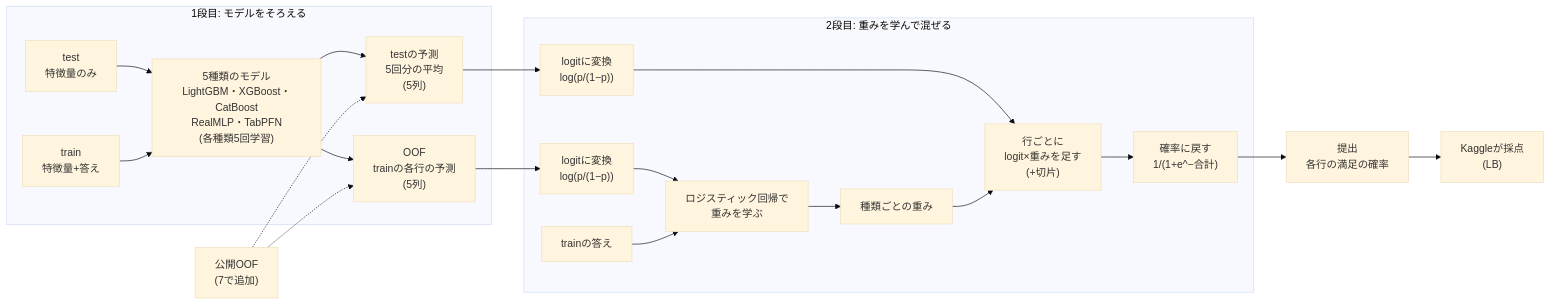
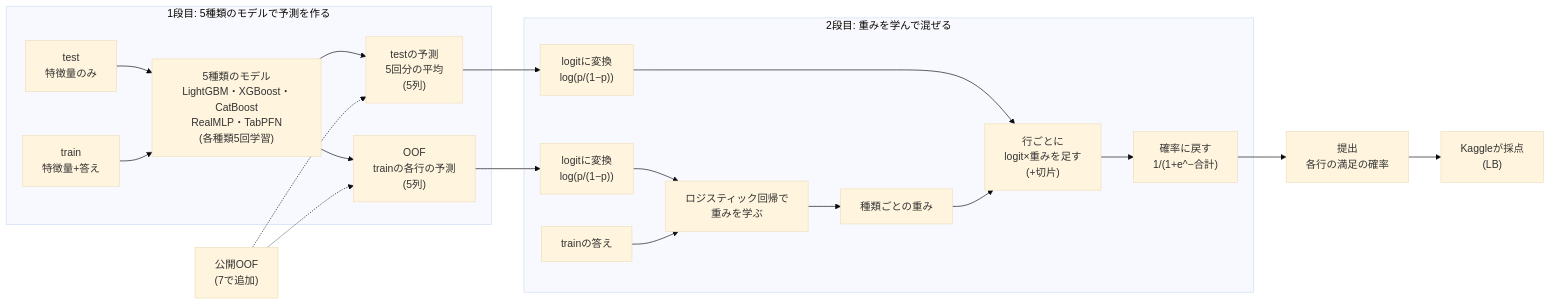
One commit to aramaki5443-art/kaggle-s6e10-airline-satisfaction changed the diagram in README.md. Above: the diagram before and after it, drawn with Mermaid (base theme). The commit also changed other lines of this file, not shown here.

````diff
--- a/README.md
+++ b/README.md
@@ -133,22 +133,22 @@
 ```mermaid
 flowchart LR
-  subgraph S1["1段目: モデルをそろえる"]
+  subgraph S1["1段目: 5種類のモデルで予測を作る"]
     TE["test<br>特徴量のみ"] --> M["5種類のモデル<br>LightGBM・XGBoost・CatBoost<br>RealMLP・TabPFN<br>(各種類5回学習)"]
     TR["train<br>特徴量+答え"] --> M
     M --> OOF["OOF<br>trainの各行の予測<br>(5列)"]
     M --> TP["testの予測<br>5回分の平均<br>(5列)"]
   end
   subgraph S2["2段目: 重みを学んで混ぜる"]
     OOF --> LO1["logitに変換<br>log(p/(1−p))"]
     LO1 --> LR["ロジスティック回帰で<br>重みを学ぶ"]
     Y["trainの答え"] --> LR
     LR --> W["種類ごとの重み"]
     TP --> LO2["logitに変換<br>log(p/(1−p))"]
     LO2 --> MIX["行ごとに<br>logit×重みを足す<br>(+切片)"]
     W --> MIX
     MIX --> SIG["確率に戻す<br>1/(1+e^−合計)"]
   end
   PUB["公開OOF<br>(7で追加)"] -.-> OOF
   PUB -.-> TP
   SIG --> SUB["提出<br>各行の満足の確率"] --> LB["Kaggleが採点<br>(LB)"]
 ```
````
